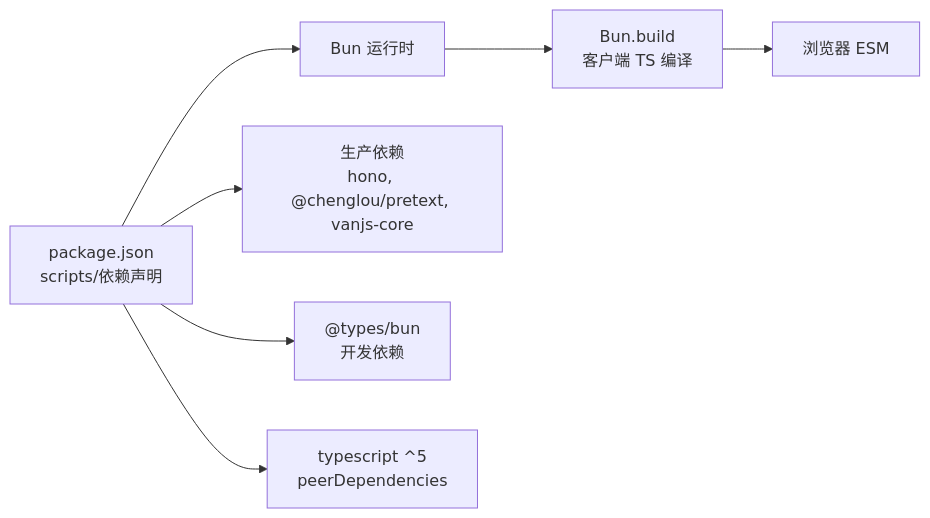
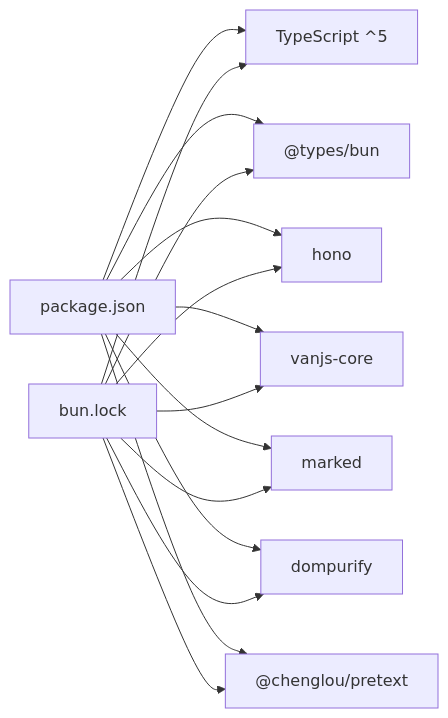
Before and after one commit to BlackBoxRecorder/memos: the third of 3 diagrams in .qoder/repowiki/zh/content/开发指南/开发环境搭建.md, drawn with Mermaid. The commit also changed other lines of this file and 83 other files, not shown here.

````diff
--- a/.qoder/repowiki/zh/content/开发指南/开发环境搭建.md
+++ b/.qoder/repowiki/zh/content/开发指南/开发环境搭建.md
@@ -252,9 +189,17 @@
 ```mermaid
 graph LR
-P["package.json<br/>scripts/依赖声明"] --> Bun["Bun 运行时"]
-Bun --> Build["Bun.build<br/>客户端 TS 编译"]
-P --> Deps["生产依赖<br/>hono, @chenglou/pretext, vanjs-core"]
-P --> DevDep["@types/bun<br/>开发依赖"]
-P --> PeerTS["typescript ^5<br/>peerDependencies"]
-Build --> Browser["浏览器 ESM"]
+P["package.json"] --> T["TypeScript ^5"]
+P --> D1["@types/bun"]
+P --> R1["hono"]
+P --> R2["vanjs-core"]
+P --> R3["marked"]
+P --> R4["dompurify"]
+P --> R5["@chenglou/pretext"]
+L["bun.lock"] --> T
+L --> D1
+L --> R1
+L --> R2
+L --> R3
+L --> R4
+L --> R5
 ```
````
